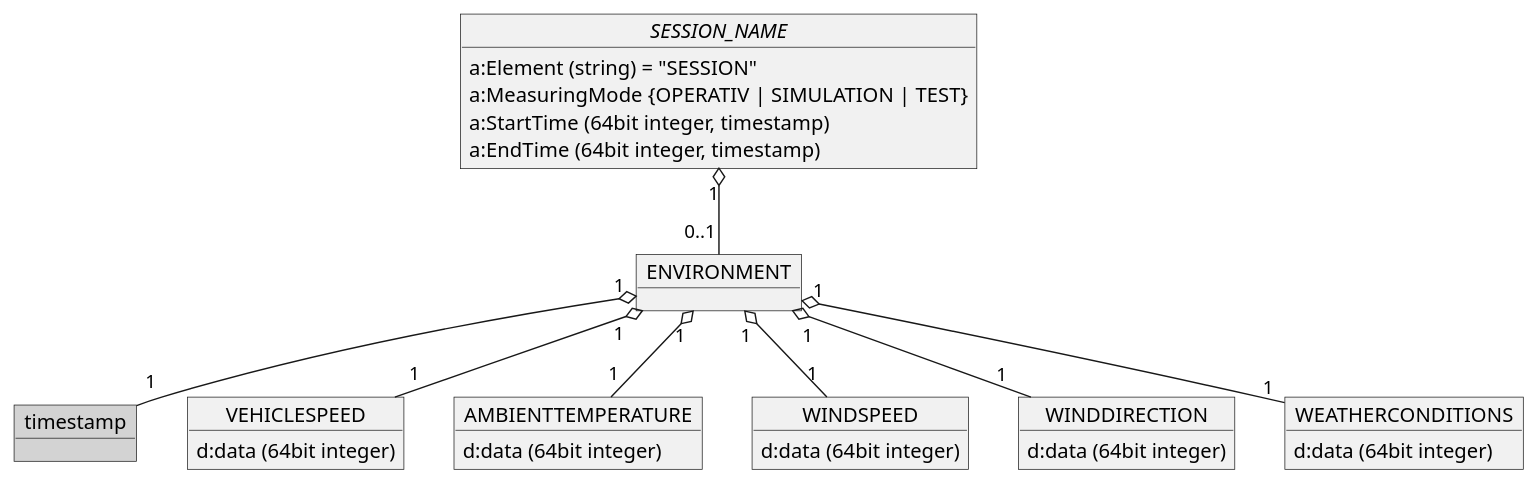
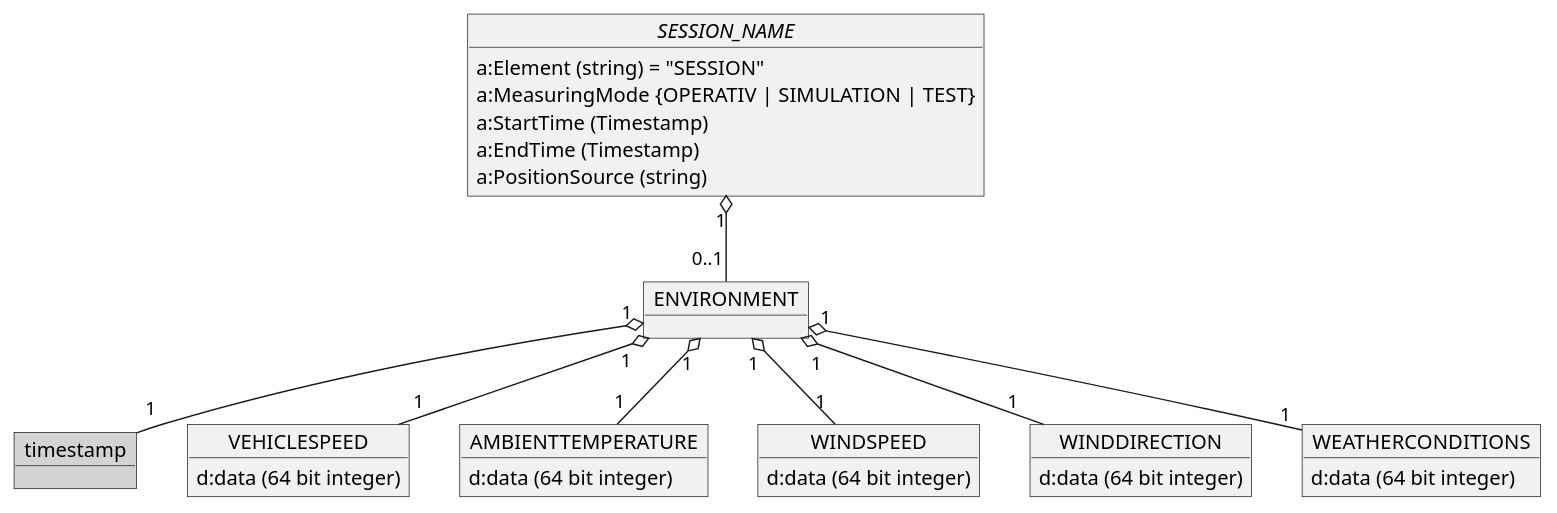
Before and after one commit to OpenRailAssociation/rcm-dx: the sixth of 9 diagrams in images/RCM-DX_images.puml, drawn with PlantUML. The commit also changed other lines of this file and 1 other file, not shown here.

```diff
--- a/images/RCM-DX_images.puml
+++ b/images/RCM-DX_images.puml
@@ -341,42 +348,43 @@
 @startuml RCM_DX_Environment_overview
 
   object "//SESSION_NAME//" as session_name {
     a:Element (string) = "SESSION"
     a:MeasuringMode {OPERATIV | SIMULATION | TEST}
-    a:StartTime (64bit integer, timestamp)
-    a:EndTime (64bit integer, timestamp)
+    a:StartTime (Timestamp)
+    a:EndTime (Timestamp)
+    a:PositionSource (string)
   }
 
   object ENVIRONMENT 
 
   object timestamp #LightGray
 
   object VEHICLESPEED {
-    d:data (64bit integer)
+    d:data (64 bit integer)
   }
 
   object AMBIENTTEMPERATURE {
-    d:data (64bit integer)
+    d:data (64 bit integer)
   }
 
   object WINDSPEED {
-    d:data (64bit integer)
+    d:data (64 bit integer)
   }
 
   object WINDDIRECTION {
-    d:data (64bit integer)
+    d:data (64 bit integer)
   }
 
   object WEATHERCONDITIONS {
-    d:data (64bit integer)
+    d:data (64 bit integer)
   }
 
   session_name "1" o-- "0..1" ENVIRONMENT
   ENVIRONMENT "1" o-- "1" VEHICLESPEED
   ENVIRONMENT "1" o-- "1" AMBIENTTEMPERATURE
   ENVIRONMENT "1" o-- "1" WINDSPEED
   ENVIRONMENT "1" o-- "1" WINDDIRECTION
   ENVIRONMENT "1" o-- "1" WEATHERCONDITIONS
   ENVIRONMENT "1" o-- "1" timestamp
 
 @enduml
```
